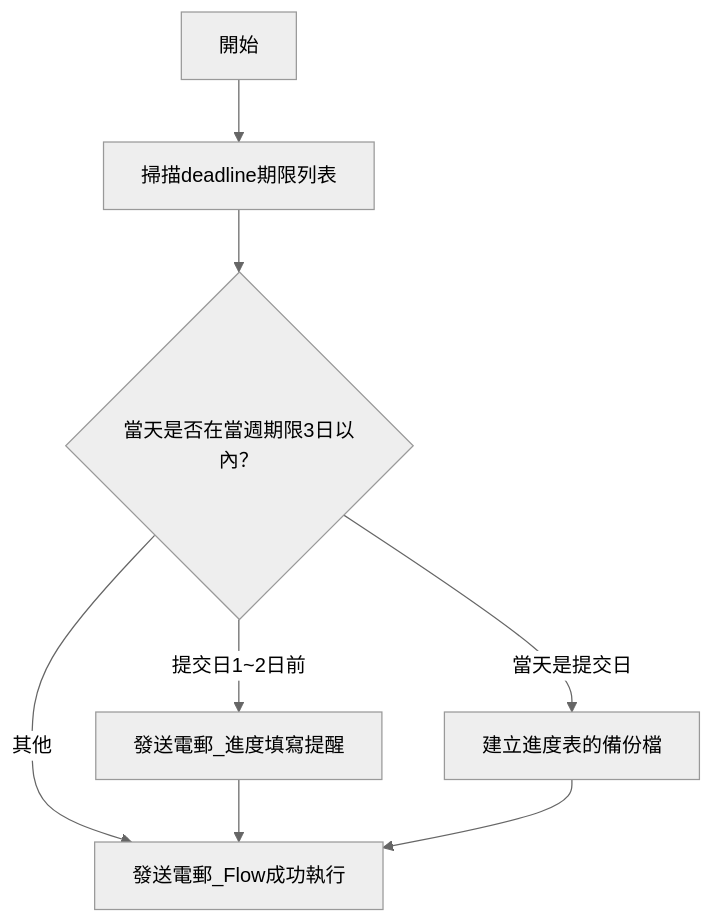
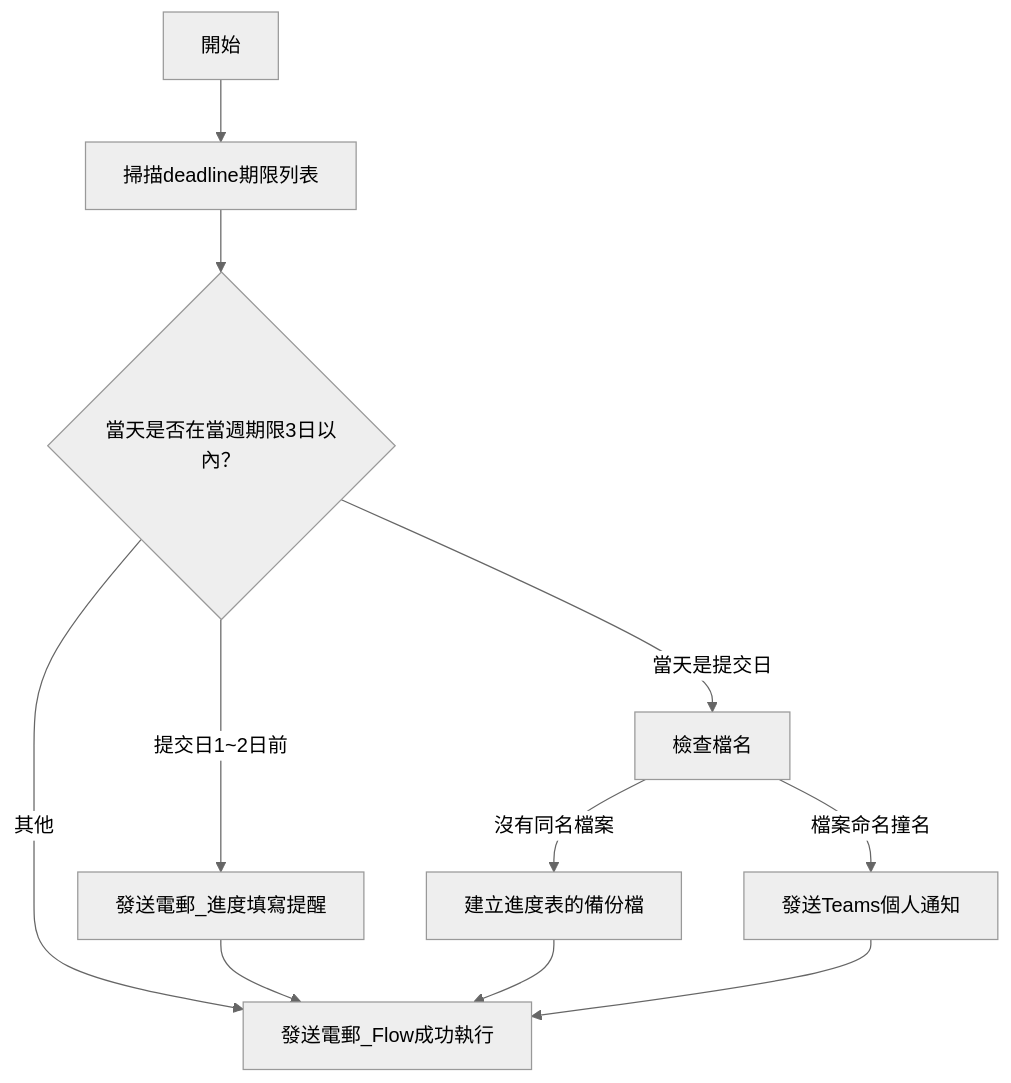
The diagram in power_automate/mail_notification_excel_backup/README.md (RogerRJSiao/rpa), drawn with Mermaid (neutral theme) before and after one commit.

Commit message:
docs(email): update mermaid flowchart to reflect v2 workflow

````diff
--- a/power_automate/mail_notification_excel_backup/README.md
+++ b/power_automate/mail_notification_excel_backup/README.md
@@ -150,10 +150,13 @@
 ```mermaid
 flowchart TD
   A[開始] --> B[掃描deadline期限列表]
   B --> C{當天是否在當週期限3日以內？}
   C -->|提交日1~2日前| D[發送電郵_進度填寫提醒]
-  C -->|當天是提交日| E[建立進度表的備份檔]
+  C -->|當天是提交日| E[檢查檔名]
+  E -->|沒有同名檔案| F[建立進度表的備份檔]
+  E -->|檔案命名撞名| H[發送Teams個人通知]
   C -->|其他| G[發送電郵_Flow成功執行]
   D --> G
-  E --> G
+  F --> G
+  H --> G
 ```
````
